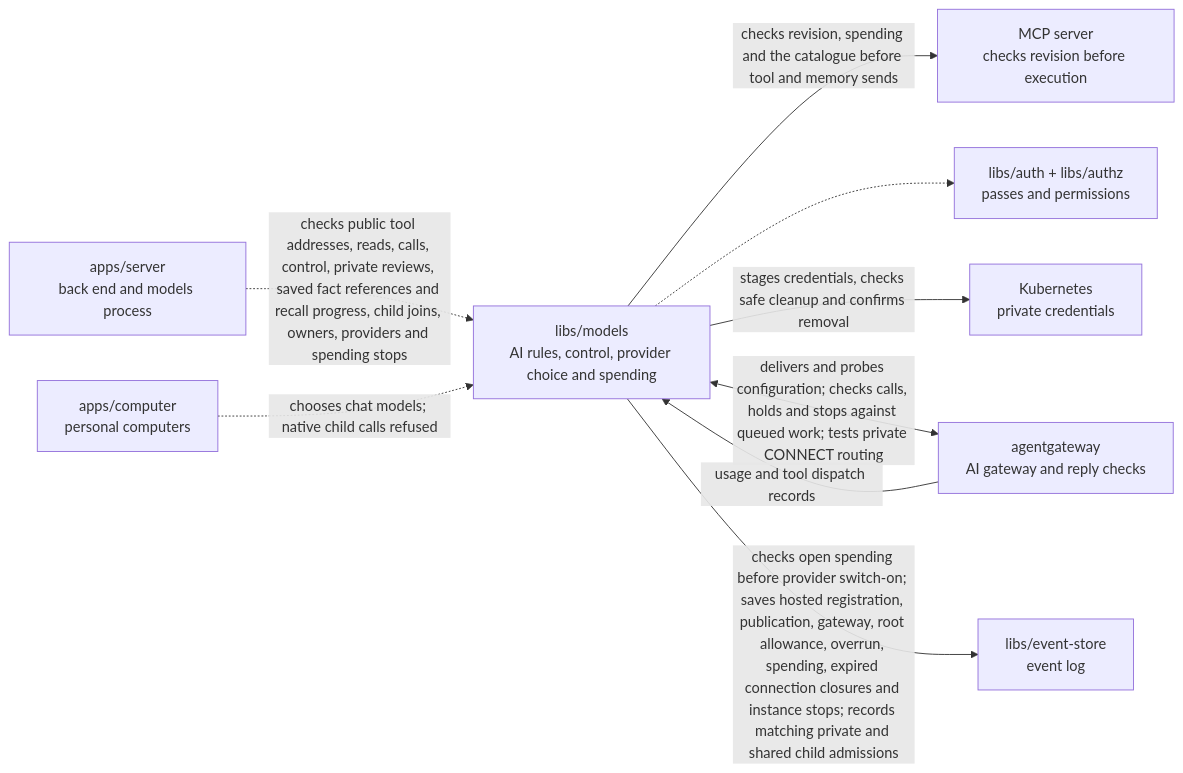
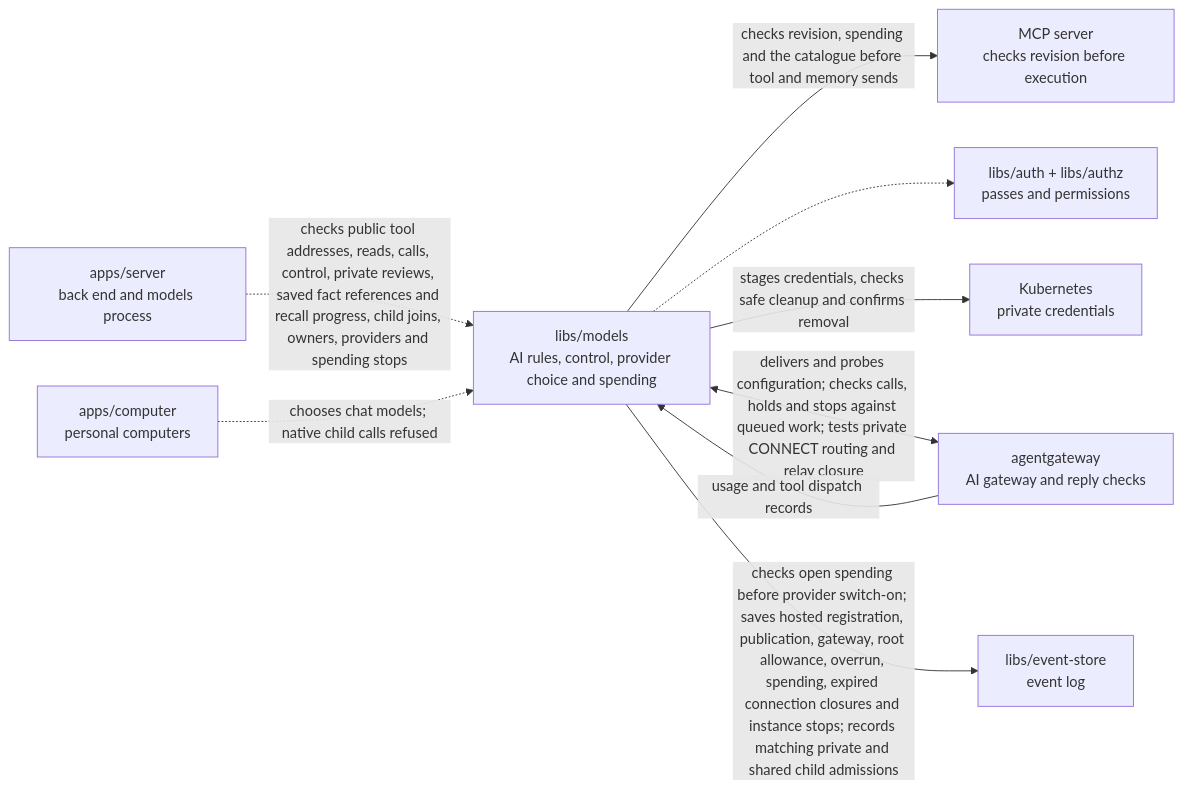
The diagram in libs/models/README.md (elewa-git/opencrane-new), drawn with Mermaid before and after one commit. The commit also changed other lines of this file and 8 other files, not shown here.

````diff
--- a/libs/models/README.md
+++ b/libs/models/README.md
@@ -14,11 +14,11 @@
 ```mermaid
 flowchart LR
   server["apps/server<br/>back end and models process"] -.->|checks public tool addresses, reads, calls, control, private reviews, saved fact references and recall progress, child joins, owners, providers and spending stops| models["libs/models<br/>AI rules, control, provider choice and spending"]
   models -->|checks revision, spending and the catalogue before tool and memory sends| mcp["MCP server<br/>checks revision before execution"]
   computer["apps/computer<br/>personal computers"] -.->|chooses chat models; native child calls refused| models
   models -.-> auth["libs/auth + libs/authz<br/>passes and permissions"]
   models -->|stages credentials, checks safe cleanup and confirms removal| custody["Kubernetes<br/>private credentials"]
-  models <-->|delivers and probes configuration; checks calls, holds and stops against queued work; tests private CONNECT routing| gateway["agentgateway<br/>AI gateway and reply checks"]
+  models <-->|delivers and probes configuration; checks calls, holds and stops against queued work; tests private CONNECT routing and relay closure| gateway["agentgateway<br/>AI gateway and reply checks"]
   gateway -->|usage and tool dispatch records| models
   models -->|checks open spending before provider switch-on; saves hosted registration, publication, gateway, root allowance, overrun, spending, expired connection closures and instance stops; records matching private and shared child admissions| store["libs/event-store<br/>event log"]
 ```
````
